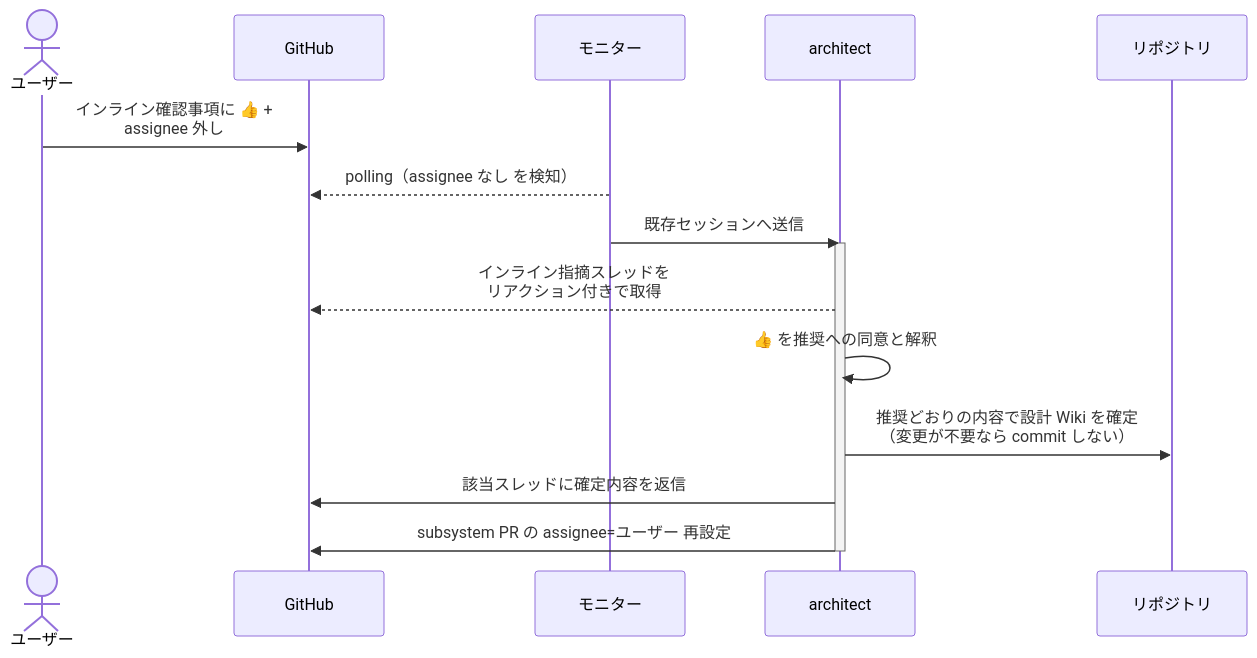
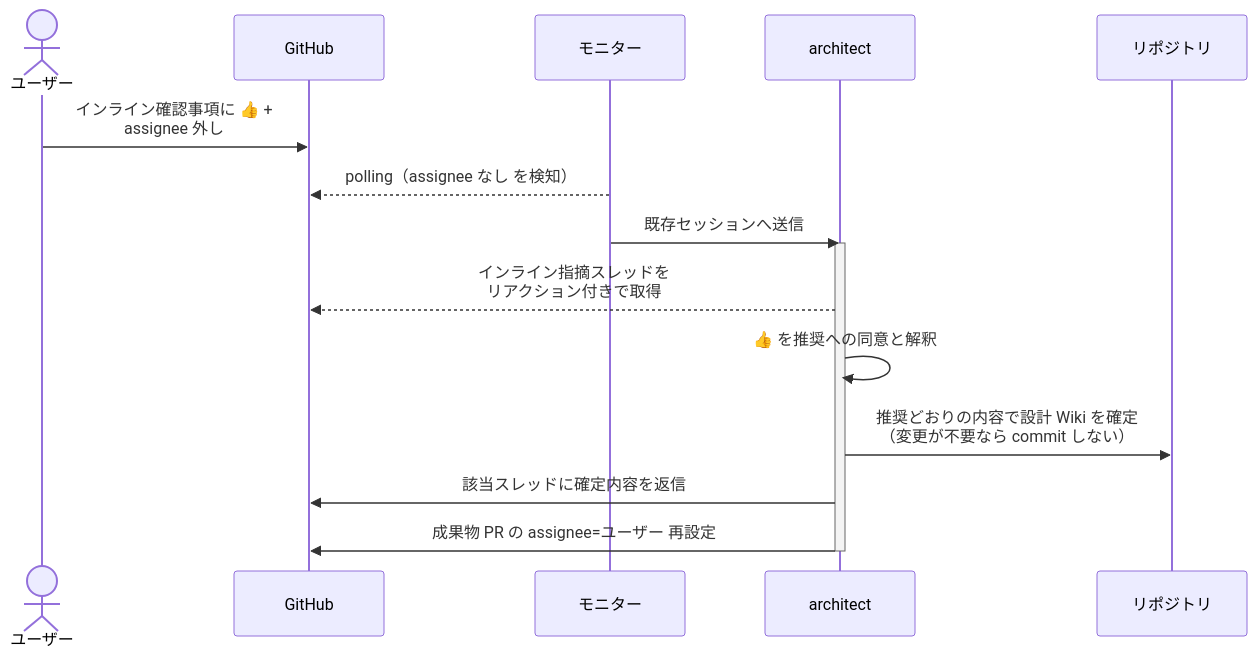
One commit to shuhei1101/ai-monitor changed the fifth of 7 diagrams in docs/wiki/設計図/シナリオ/単一ユースケース/SS設計.md. Above: the diagram before and after it, drawn with Mermaid. The commit also changed other lines of this file and 256 other files, not shown here.

````diff
--- a/docs/wiki/設計図/シナリオ/単一ユースケース/SS設計.md
+++ b/docs/wiki/設計図/シナリオ/単一ユースケース/SS設計.md
@@ -224,19 +225,19 @@
 ```mermaid
 sequenceDiagram
   actor U as ユーザー
   participant GH as GitHub
   participant ORC as モニター
   participant MON as architect
   participant REPO as リポジトリ
 
   U->>GH: インライン確認事項に 👍 +<br>assignee 外し
   ORC-->>GH: polling（assignee なし を検知）
   ORC->>MON: 既存セッションへ送信
   activate MON
   MON-->>GH: インライン指摘スレッドを<br>リアクション付きで取得
   MON->>MON: 👍 を推奨への同意と解釈
   MON->>REPO: 推奨どおりの内容で設計 Wiki を確定<br>（変更が不要なら commit しない）
   MON->>GH: 該当スレッドに確定内容を返信
-  MON->>GH: subsystem PR の assignee=ユーザー 再設定
+  MON->>GH: 成果物 PR の assignee=ユーザー 再設定
   deactivate MON
 ```
````
